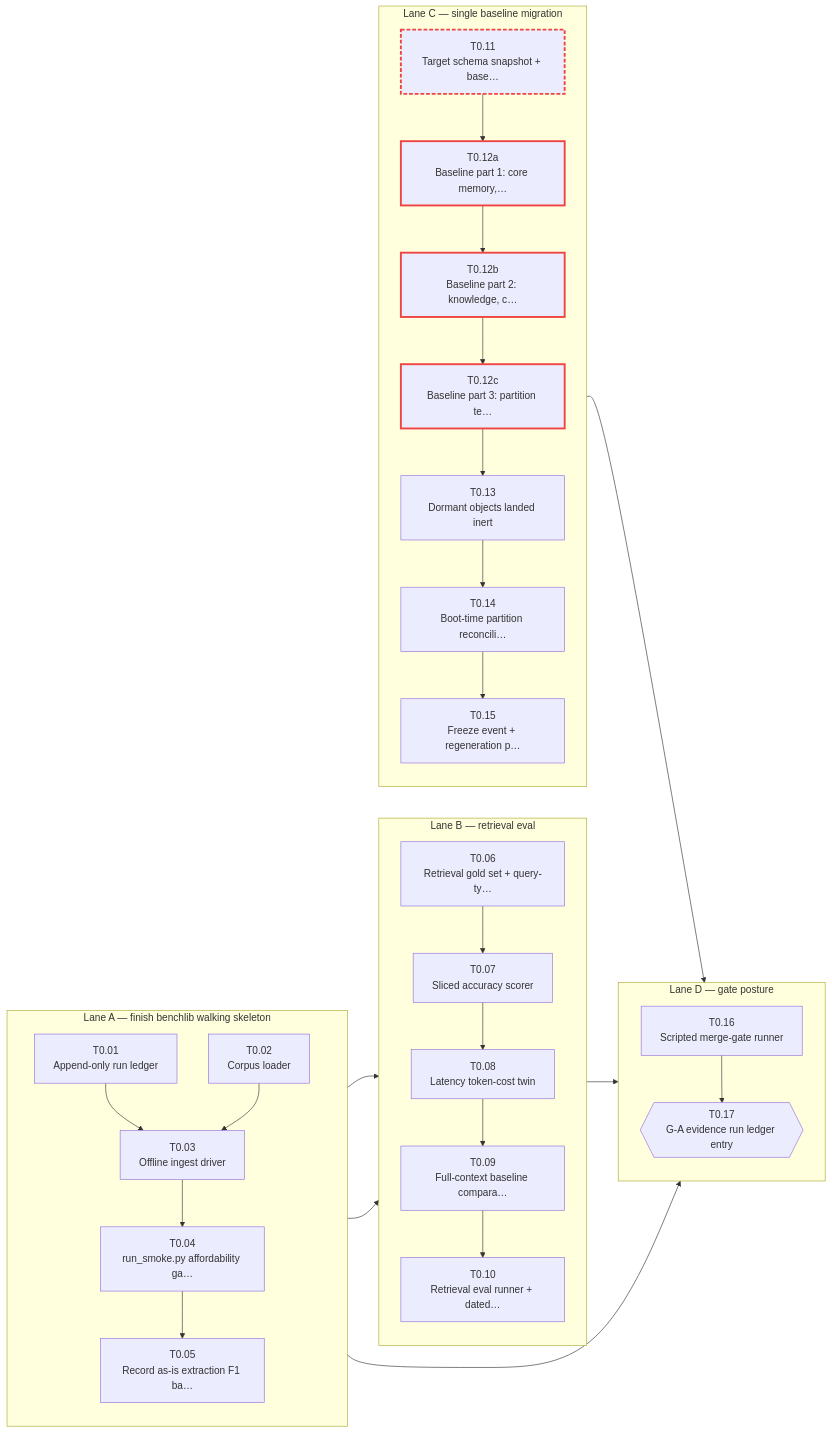
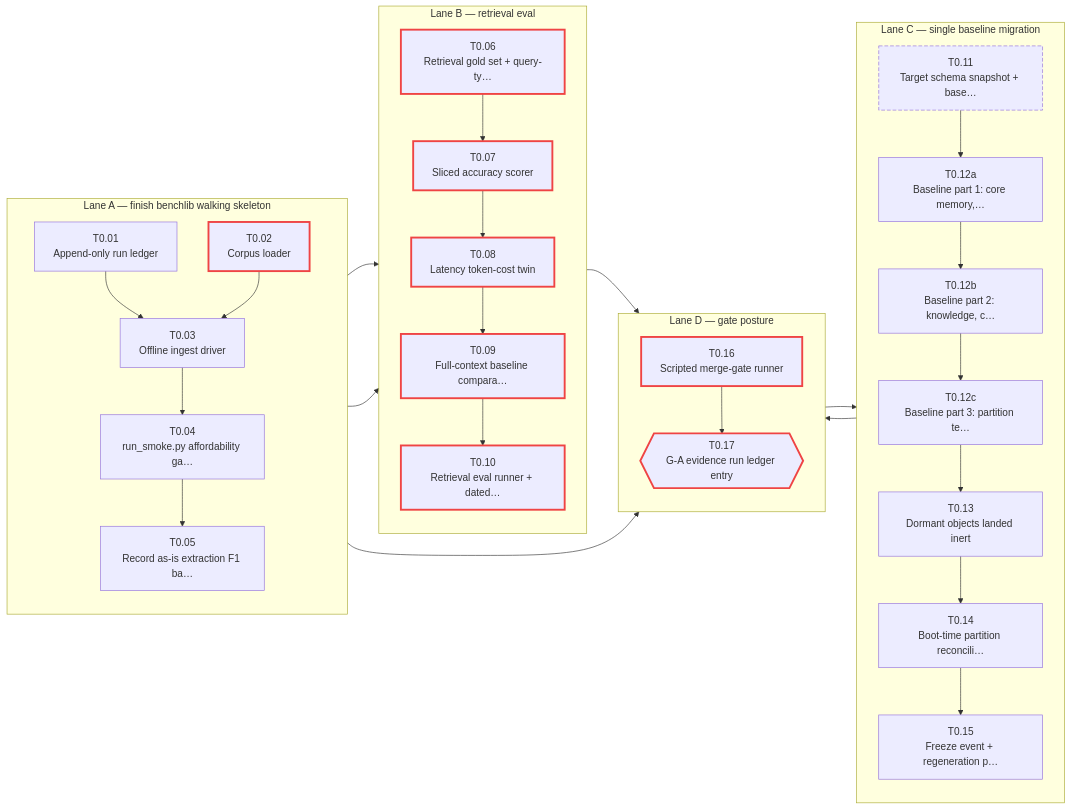
One commit to darkraise/darkmem changed the second of 7 diagrams in docs/planning/risks-and-lanes.md. Above: the diagram before and after it, drawn with Mermaid. The commit also changed other lines of this file and 12 other files, not shown here.

````diff
--- a/docs/planning/risks-and-lanes.md
+++ b/docs/planning/risks-and-lanes.md
@@ -185,59 +195,60 @@
 ```mermaid
 flowchart LR
     subgraph LE0A["Lane A — finish benchlib walking skeleton"]
     direction TB
         T0_01["T0.01<br/>Append-only run ledger"]
         T0_02["T0.02<br/>Corpus loader"]
         T0_03["T0.03<br/>Offline ingest driver"]
         T0_04["T0.04<br/>run_smoke.py affordability ga…"]
         T0_05["T0.05<br/>Record as-is extraction F1 ba…"]
     end
     subgraph LE0B["Lane B — retrieval eval"]
     direction TB
         T0_06["T0.06<br/>Retrieval gold set + query-ty…"]
         T0_07["T0.07<br/>Sliced accuracy scorer"]
         T0_08["T0.08<br/>Latency token-cost twin"]
         T0_09["T0.09<br/>Full-context baseline compara…"]
         T0_10["T0.10<br/>Retrieval eval runner + dated…"]
     end
     subgraph LE0C["Lane C — single baseline migration"]
     direction TB
         T0_11["T0.11<br/>Target schema snapshot + base…"]
         T0_12a["T0.12a<br/>Baseline part 1: core memory,…"]
         T0_12b["T0.12b<br/>Baseline part 2: knowledge, c…"]
         T0_12c["T0.12c<br/>Baseline part 3: partition te…"]
         T0_13["T0.13<br/>Dormant objects landed inert"]
         T0_14["T0.14<br/>Boot-time partition reconcili…"]
         T0_15["T0.15<br/>Freeze event + regeneration p…"]
     end
     subgraph LE0D["Lane D — gate posture"]
     direction TB
         T0_16["T0.16<br/>Scripted merge-gate runner"]
         T0_17{{"T0.17<br/>G-A evidence run ledger entry"}}
     end
     T0_01 --> T0_03
     T0_02 --> T0_03
     T0_03 --> T0_04
     T0_04 --> T0_05
     T0_02 --> T0_06
     T0_06 --> T0_07
     T0_07 --> T0_08
     T0_03 --> T0_09
     T0_08 --> T0_09
     T0_09 --> T0_10
     T0_11 --> T0_12a
     T0_12a --> T0_12b
     T0_12b --> T0_12c
     T0_12c --> T0_13
     T0_13 --> T0_14
     T0_14 --> T0_15
+    T0_16 --> T0_15
     T0_10 --> T0_16
     T0_14 --> T0_16
     T0_05 --> T0_17
     T0_16 --> T0_17
     classDef crit stroke:#ef4444,stroke-width:3px
     classDef large stroke-dasharray:6 3
     classDef ext fill:#1f2937,stroke:#4b5563,color:#9ca3af,opacity:0.7
-    class T0_11,T0_12a,T0_12b,T0_12c crit
+    class T0_02,T0_06,T0_07,T0_08,T0_09,T0_10,T0_16,T0_17 crit
     class T0_11 large
 ```
````
